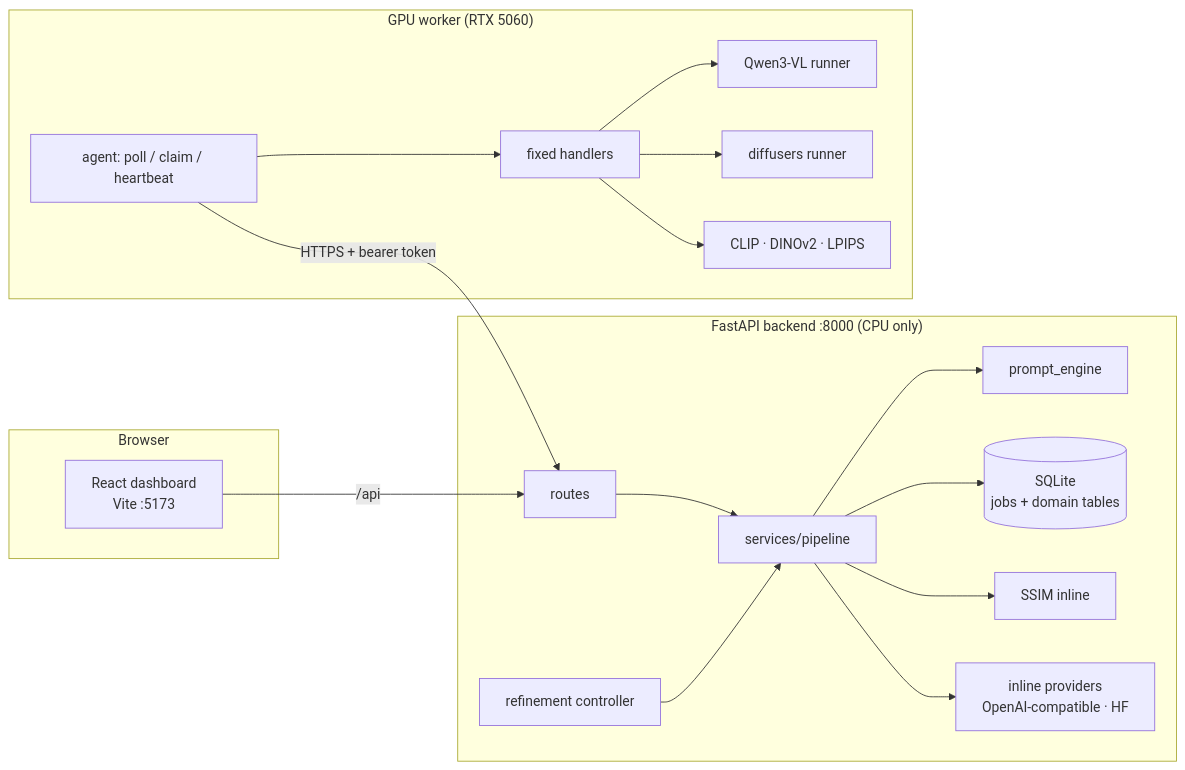
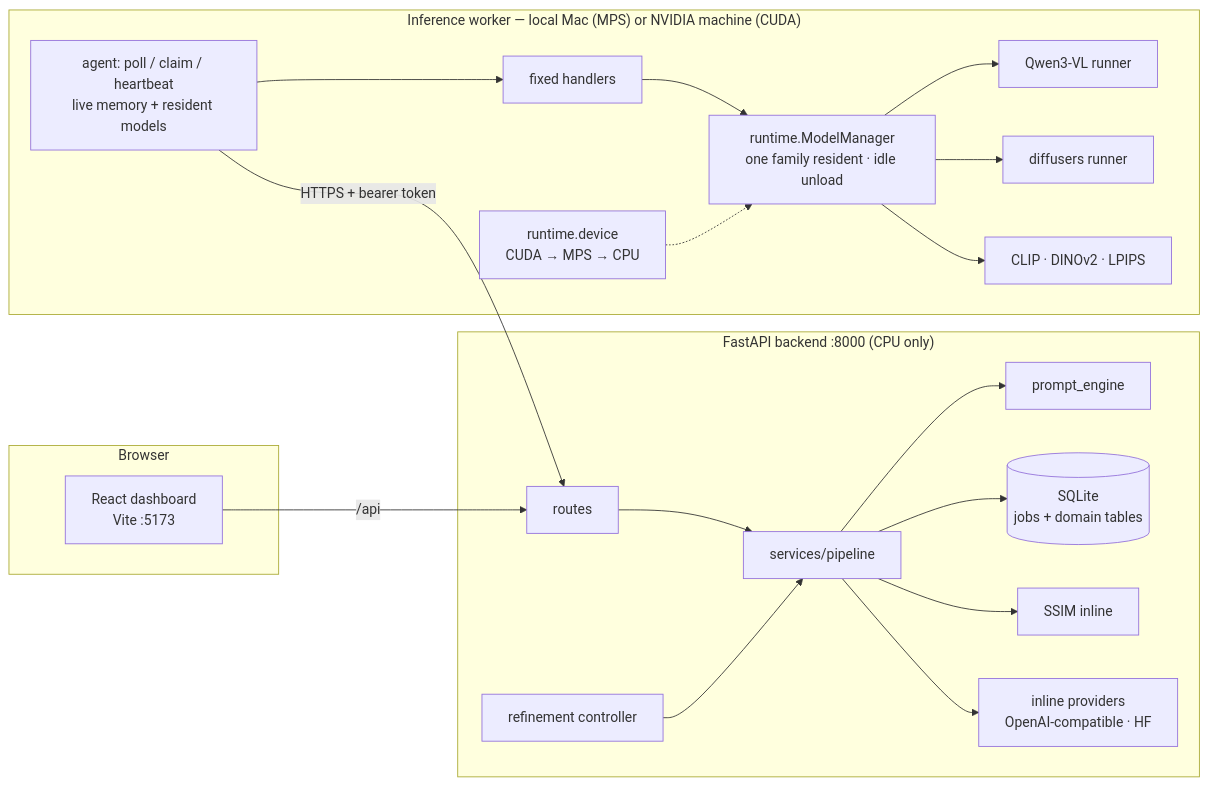
Before and after one commit to Greninja44/PE: the first of 2 diagrams in docs/ARCHITECTURE.md, drawn with Mermaid. The commit also changed other lines of this file and 2 other files, not shown here.

First line of the commit message:
Docs: Apple Silicon setup, measured performance and memory, updated README and architecture

````diff
--- a/docs/ARCHITECTURE.md
+++ b/docs/ARCHITECTURE.md
@@ -5,22 +5,24 @@
 ```mermaid
 flowchart LR
   subgraph Browser
     UI[React dashboard<br/>Vite :5173]
   end
   subgraph API["FastAPI backend :8000 (CPU only)"]
     R[routes] --> P[services/pipeline]
     P --> PE[prompt_engine]
     P --> Q[(SQLite<br/>jobs + domain tables)]
     P --> SS[SSIM inline]
     P --> IN[inline providers<br/>OpenAI-compatible · HF]
     RC[refinement controller] --> P
   end
-  subgraph GPU["GPU worker (RTX 5060)"]
-    A[agent: poll / claim / heartbeat] --> H[fixed handlers]
-    H --> QV[Qwen3-VL runner]
-    H --> DF[diffusers runner]
-    H --> TM[CLIP · DINOv2 · LPIPS]
+  subgraph GPU["Inference worker — local Mac (MPS) or NVIDIA machine (CUDA)"]
+    A[agent: poll / claim / heartbeat<br/>live memory + resident models] --> H[fixed handlers]
+    H --> MM[runtime.ModelManager<br/>one family resident · idle unload]
+    MM --> QV[Qwen3-VL runner]
+    MM --> DF[diffusers runner]
+    MM --> TM[CLIP · DINOv2 · LPIPS]
+    DV[runtime.device<br/>CUDA → MPS → CPU] -.-> MM
   end
   UI -- /api --> R
   A -- "HTTPS + bearer token" --> R
 ```
````
